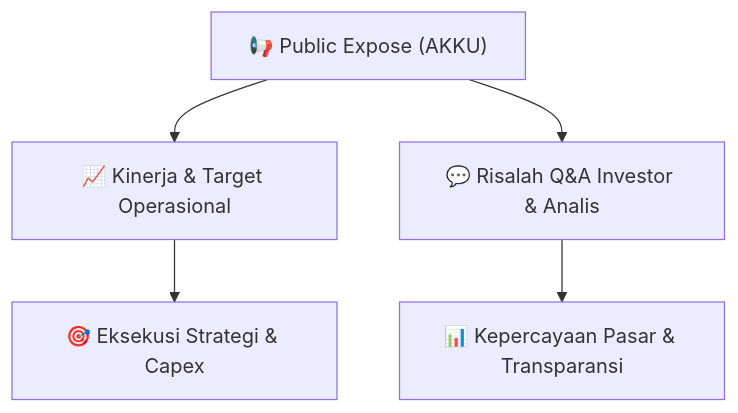
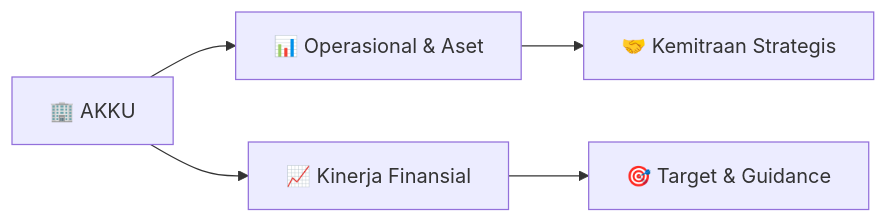
Before and after one commit to anYoneo/alphadigest-idx: the diagram in reports/summaries/public-exposes/informasi-pubex/AKKU_Public_Expose_20260904.md, drawn with Mermaid. The commit also changed other lines of this file and 526 other files, not shown here.

````diff
--- a/reports/summaries/public-exposes/informasi-pubex/AKKU_Public_Expose_20260904.md
+++ b/reports/summaries/public-exposes/informasi-pubex/AKKU_Public_Expose_20260904.md
@@ -36,7 +69,7 @@
 ```mermaid
-flowchart TD
-    A["📢 Public Expose (AKKU)"] --> B["📈 Kinerja & Target Operasional"]
-    A --> C["💬 Risalah Q&A Investor & Analis"]
-    B --> D["🎯 Eksekusi Strategi & Capex"]
-    C --> E["📊 Kepercayaan Pasar & Transparansi"]
+flowchart LR
+    A["🏢 AKKU"] --> B["📊 Operasional & Aset"]
+    A --> C["📈 Kinerja Finansial"]
+    B --> D["🤝 Kemitraan Strategis"]
+    C --> E["🎯 Target & Guidance"]
 ```
````
